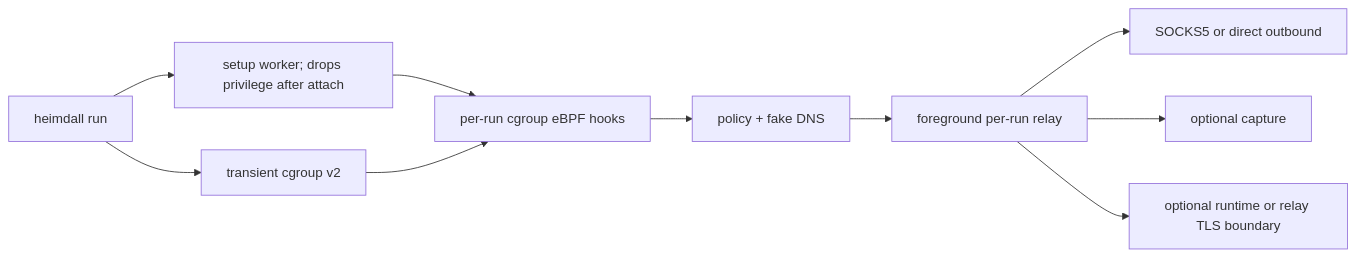
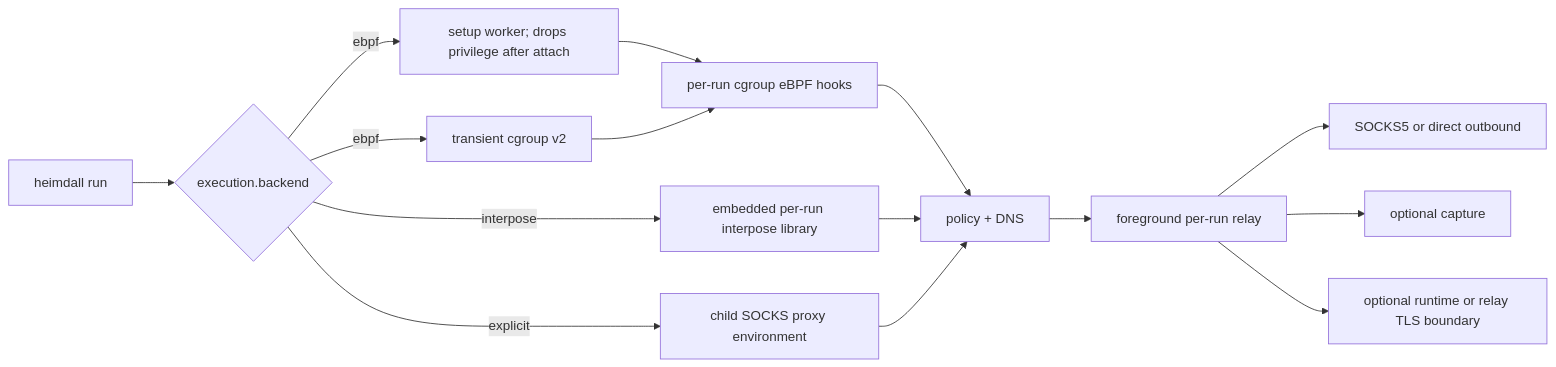
The diagram in README.md (dravengarden/heimdall), drawn with Mermaid before and after one commit. The commit also changed other lines of this file and 70 other files, not shown here.

````diff
--- a/README.md
+++ b/README.md
@@ -81,12 +81,17 @@
 ```mermaid
 flowchart LR
-    C[heimdall run] --> G[transient cgroup v2]
-    C --> W[setup worker; drops privilege after attach]
+    C[heimdall run] --> B{execution.backend}
+    B -->|ebpf| G[transient cgroup v2]
+    B -->|ebpf| W[setup worker; drops privilege after attach]
     W --> E[per-run cgroup eBPF hooks]
     G --> E
-    E --> P[policy + fake DNS]
+    B -->|interpose| I[embedded per-run interpose library]
+    B -->|explicit| X[child SOCKS proxy environment]
+    E --> P[policy + DNS]
+    I --> P
+    X --> P
     P --> R[foreground per-run relay]
     R --> S[SOCKS5 or direct outbound]
-    R --> X[optional capture]
+    R --> K[optional capture]
     R --> T[optional runtime or relay TLS boundary]
 ```
````
